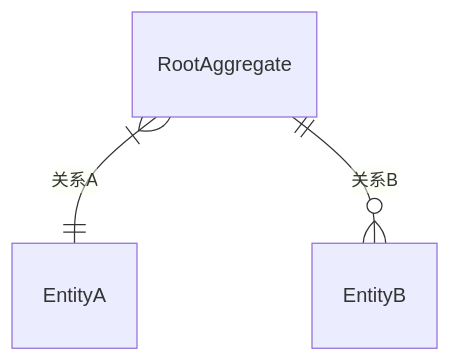
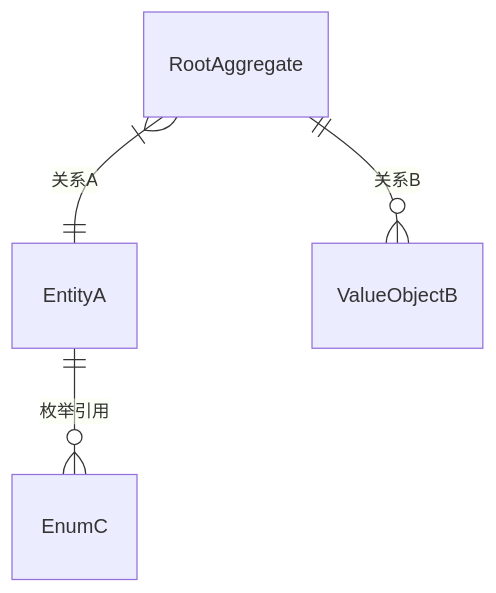
One commit to oleewen/ai-master changed the second of 7 diagrams in .cursor/rules/design/design-template.mdc. Above: the diagram before and after it, drawn with Mermaid. The commit also changed other lines of this file and 6 other files, not shown here.

````diff
--- a/.cursor/rules/design/design-template.mdc
+++ b/.cursor/rules/design/design-template.mdc
@@ -51,5 +56,6 @@
 ```mermaid
 erDiagram
     RootAggregate }|--|| EntityA : "关系A"
-    RootAggregate ||--o{ EntityB : "关系B"
+    RootAggregate ||--o{ ValueObjectB : "关系B"
+    EntityA ||--o{ EnumC : "枚举引用"
 ```
````
